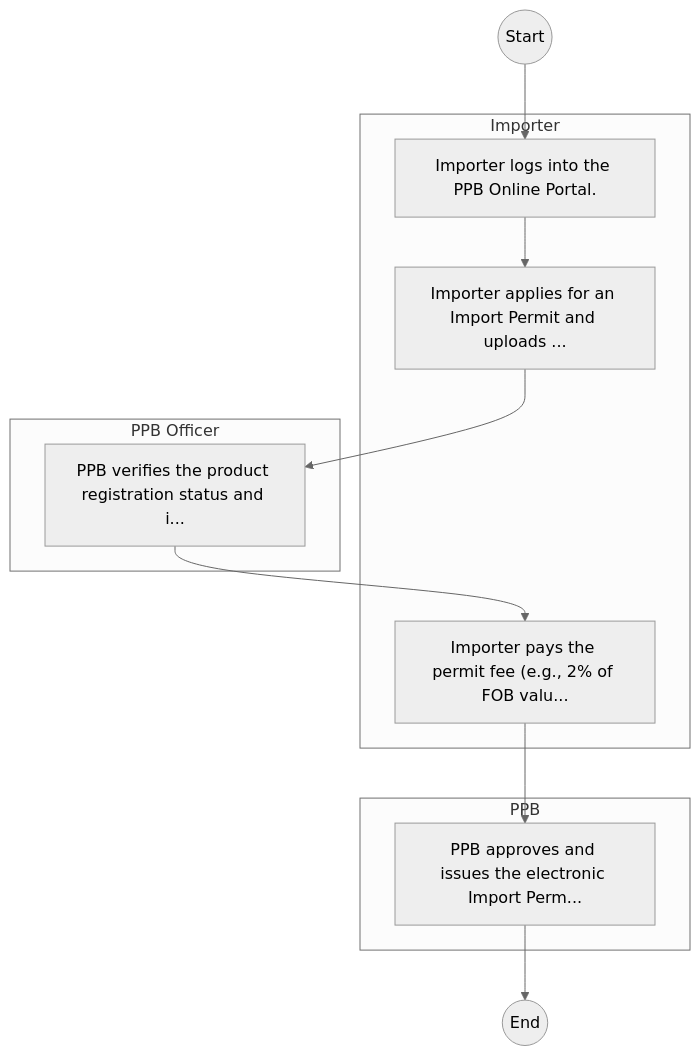
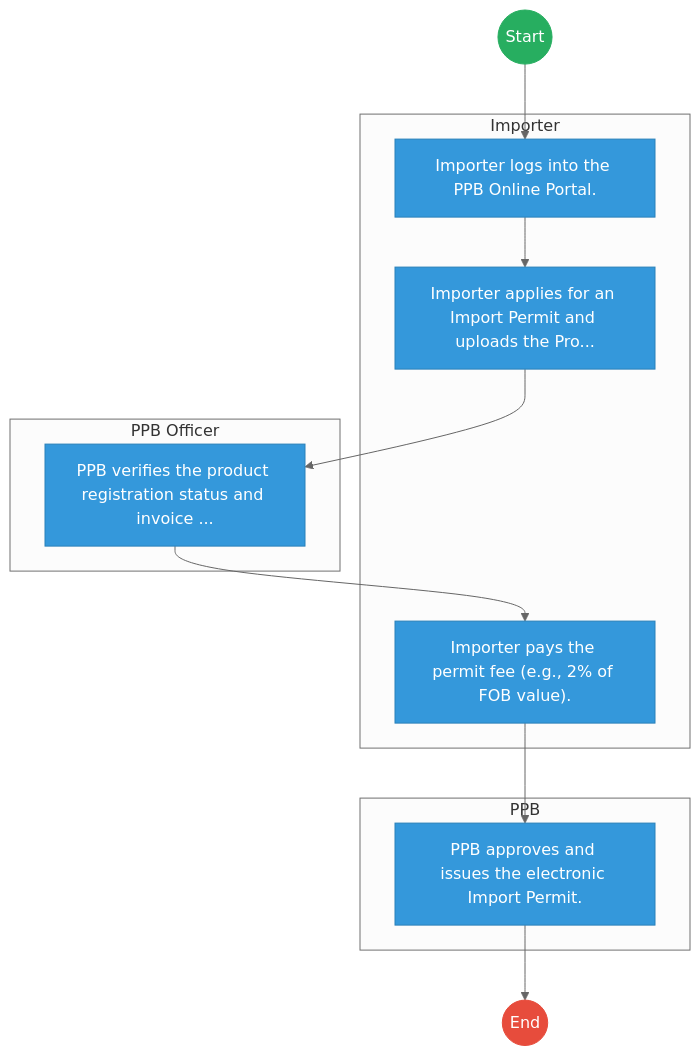
The first of 2 diagrams in mdas/docs_final/Pharmacy_and_Poisons_Board___Licensing_and_Permitting.md (BITZ-IT-Consulting-LTD/ictapoc), drawn with Mermaid (neutral theme) before and after one commit. The commit also changed other lines of this file and 461 other files, not shown here.

````diff
--- a/mdas/docs_final/Pharmacy_and_Poisons_Board___Licensing_and_Permitting.md
+++ b/mdas/docs_final/Pharmacy_and_Poisons_Board___Licensing_and_Permitting.md
@@ -20,20 +20,32 @@
 ```mermaid
 graph TD
     Start((Start)) --> S1
+
     subgraph Importer [Importer]
         S1["Importer logs into the PPB Online Portal."]
-        S2["Importer applies for an Import Permit and uploads ..."]
-        S4["Importer pays the permit fee (e.g., 2% of FOB valu..."]
+        S2["Importer applies for an Import Permit and uploads the Pro..."]
+        S4["Importer pays the permit fee (e.g., 2% of FOB value)."]
     end
-    subgraph PPBOfficer [PPB Officer]
-        S3["PPB verifies the product registration status and i..."]
+
+    subgraph PPB_Officer [PPB Officer]
+        S3["PPB verifies the product registration status and invoice ..."]
     end
+
     subgraph PPB [PPB]
-        S5["PPB approves and issues the electronic Import Perm..."]
+        S5["PPB approves and issues the electronic Import Permit."]
     end
     S1 --> S2
     S2 --> S3
     S3 --> S4
     S4 --> S5
     S5 --> End((End))
+
+    classDef start fill:#27ae60,stroke:#27ae60,color:#fff;
+    classDef endNode fill:#e74c3c,stroke:#e74c3c,color:#fff;
+    classDef userTask fill:#3498db,stroke:#2980b9,color:#fff;
+    classDef serviceTask fill:#9b59b6,stroke:#8e44ad,color:#fff;
+
+    class Start start;
+    class End endNode;
+    class S1,S2,S3,S4,S5 userTask;
 ```
````
